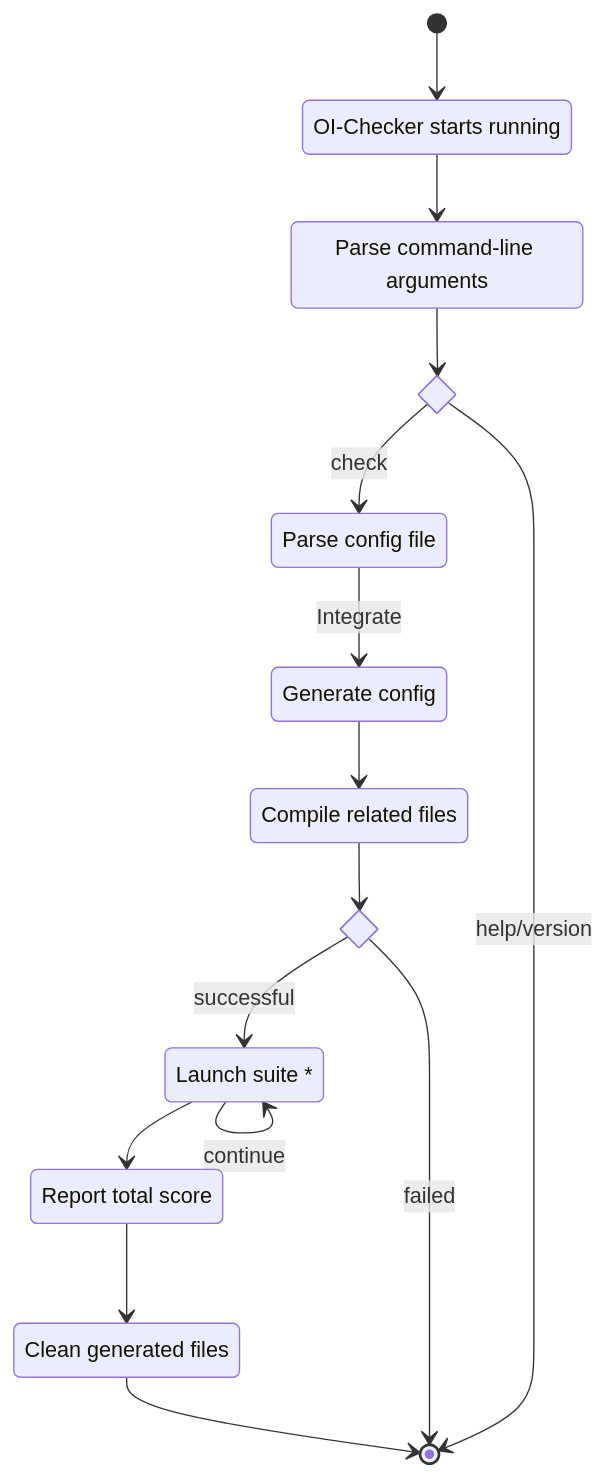
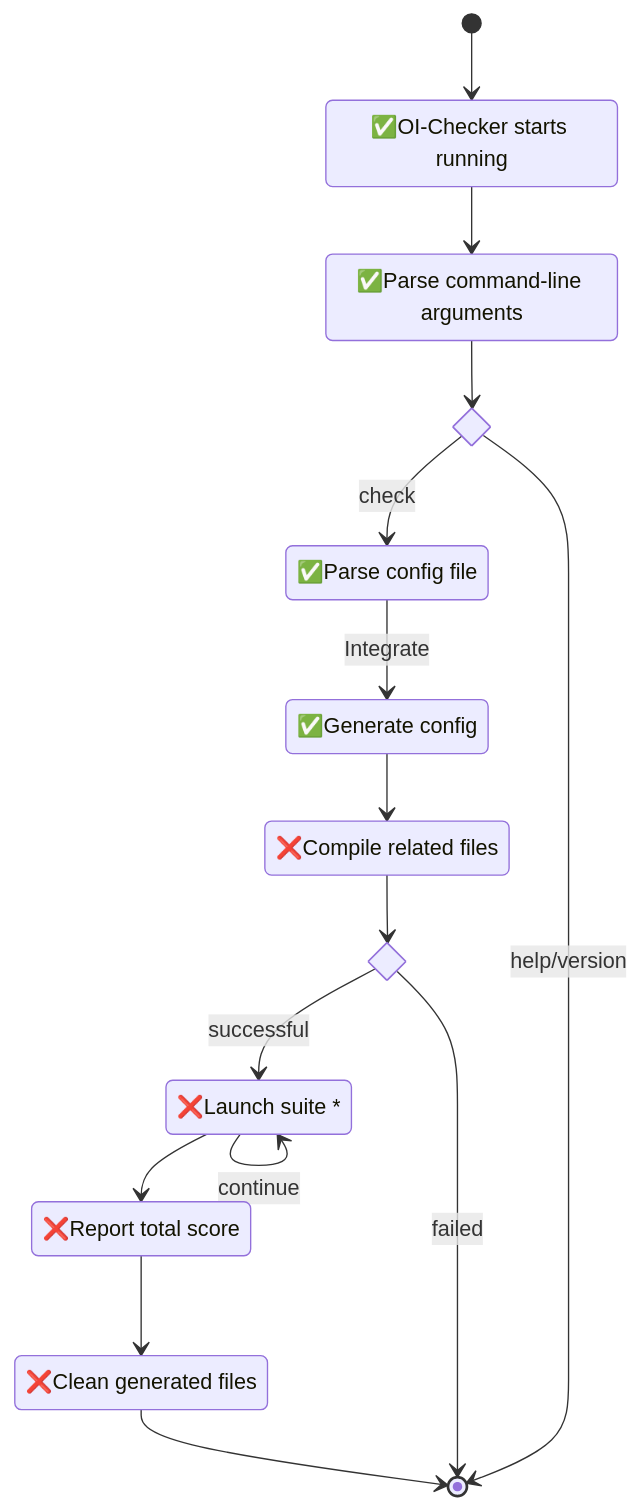
One commit to cup113/oi_checker changed the diagram in state_diagrams/overview.mmd. Above: the diagram before and after it, drawn with Mermaid. The commit also changed 9 other files, not shown here.

```diff
--- a/state_diagrams/overview.mmd
+++ b/state_diagrams/overview.mmd
@@ -1,26 +1,26 @@
 stateDiagram-v2
-    StartRunning : OI-Checker starts running
-    ParseCLA : Parse command-line arguments
+    StartRunning : ✅OI-Checker starts running
+    ParseCLA : ✅Parse command-line arguments
     state c_parse_cla <<choice>>
-    ParseCF : Parse config file
-    GenerateCfg : Generate config
-    CompileRF : Compile related files
+    ParseCF : ✅Parse config file
+    GenerateCfg : ✅Generate config
+    CompileRF : ❌Compile related files
     state c_compile_rf <<choice>>
-    LaunchSuite : Launch suite *
-    ReportTS : Report total score
-    CleanGF : Clean generated files
+    LaunchSuite : ❌Launch suite *
+    ReportTS : ❌Report total score
+    CleanGF : ❌Clean generated files
 
     [*] --> StartRunning
     StartRunning --> ParseCLA
     ParseCLA --> c_parse_cla
     c_parse_cla --> ParseCF : check
     c_parse_cla --> [*] : help/version
     ParseCF --> GenerateCfg : Integrate
     GenerateCfg --> CompileRF
     CompileRF --> c_compile_rf
     c_compile_rf --> LaunchSuite : successful
     c_compile_rf --> [*] : failed
     LaunchSuite --> LaunchSuite : continue
     LaunchSuite --> ReportTS
     ReportTS --> CleanGF
     CleanGF --> [*]
```
